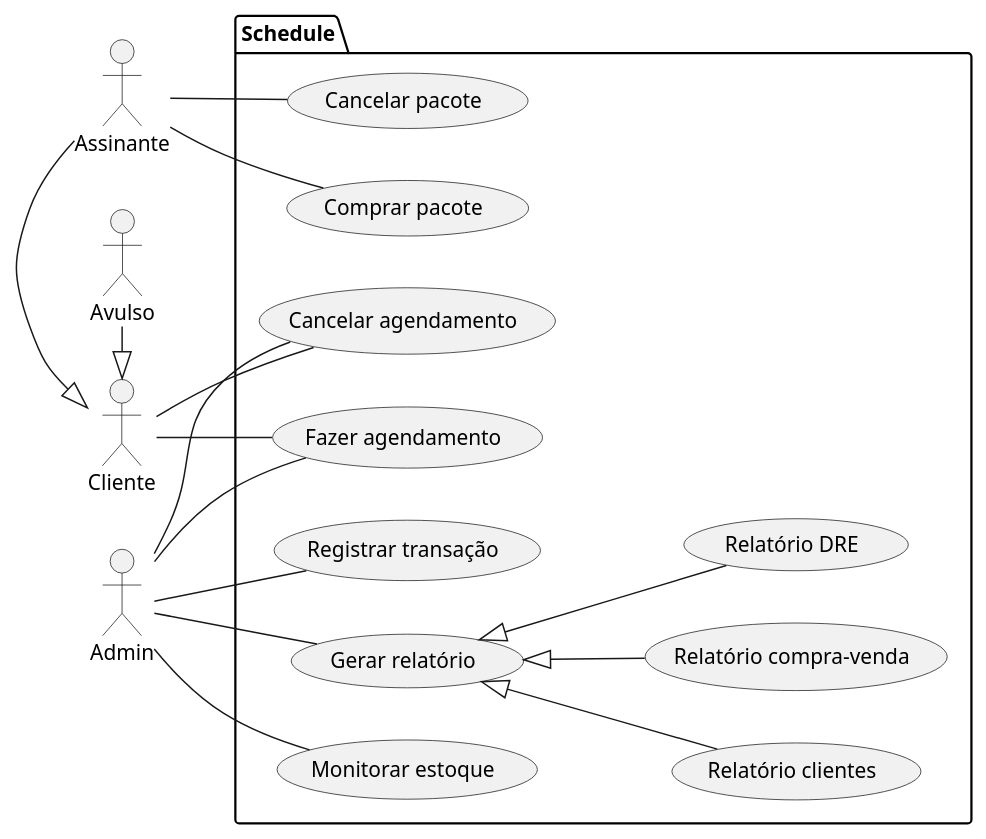
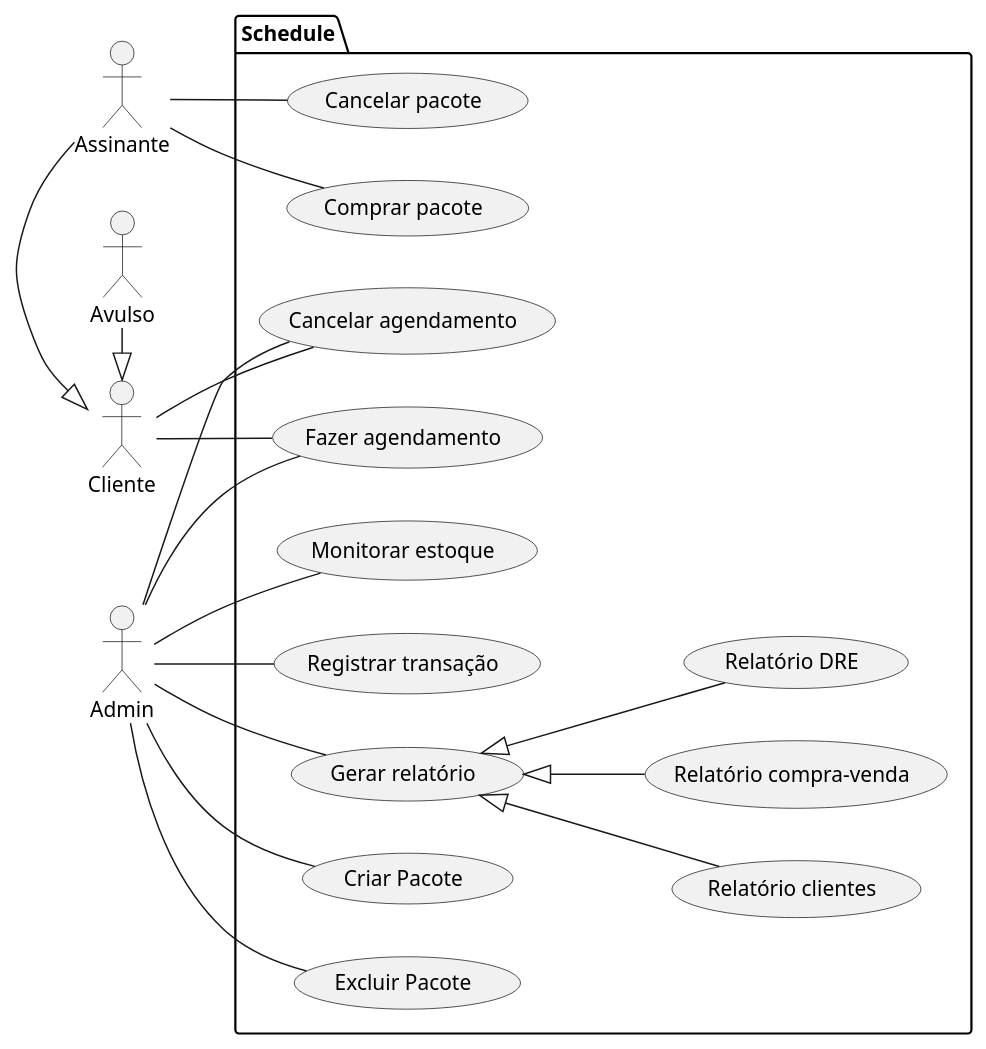
The diagram in Doc/CasoDeUso/CasosDeUso.puml (GabrielAlves027/ES2), drawn with PlantUML before and after one commit.

```diff
--- a/Doc/CasoDeUso/CasosDeUso.puml
+++ b/Doc/CasoDeUso/CasosDeUso.puml
@@ -1,33 +1,37 @@
 @startuml
 left to right direction
 actor Cliente as C
 actor Admin as A
 actor Assinante as S
 actor Avulso as V
 package Schedule{
   usecase "Fazer agendamento" as UC1
   usecase "Cancelar agendamento" as UC2
   usecase "Comprar pacote" as UC3
   usecase "Cancelar pacote" as UC4
   usecase "Monitorar estoque" as UC5
   usecase "Registrar transação" as UC6
   usecase "Gerar relatório" as UC7
   usecase "Relatório clientes" as UC8
   usecase "Relatório compra-venda" as UC9
   usecase "Relatório DRE" as UC10
+  usecase "Criar Pacote" as UC11
+  usecase "Excluir Pacote" as UC12
 }
 C <|-left- S
 C <|-left- V
 A -- UC1
 A -- UC2
 A -- UC5
 A -- UC6
 A -- UC7
 S -- UC3
 S -- UC4
 C -- UC1
 C -- UC2
+A -- UC11
+A -- UC12
 (UC7) <|-- (UC8)
 (UC7) <|-- (UC9)
 (UC7) <|-- (UC10)
 @enduml
```
